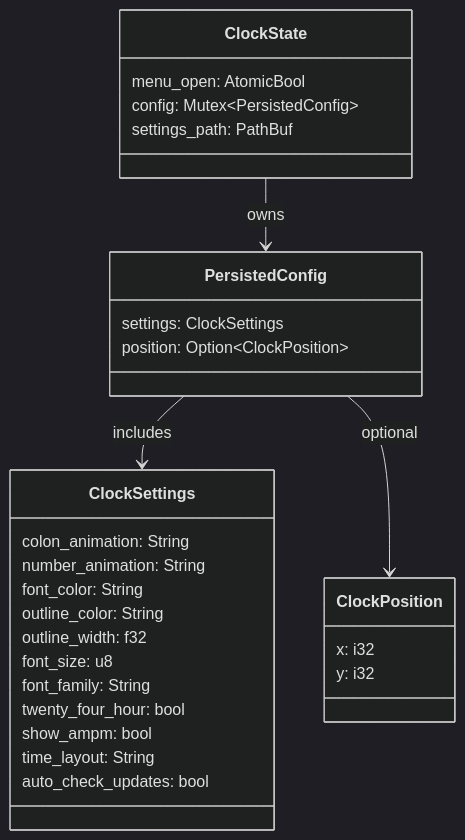
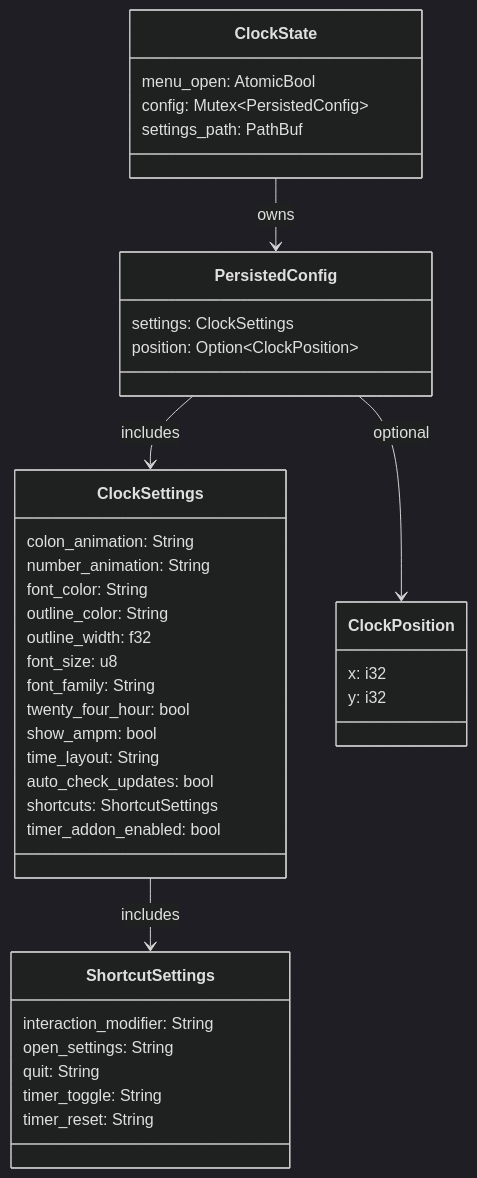
Before and after one commit to tbkmax/TopClock: the first of 2 diagrams in src-tauri/src/doc/workflow_diagram.md, drawn with Mermaid (dark theme). The commit also changed 17 other files, not shown here.

````diff
--- a/src-tauri/src/doc/workflow_diagram.md
+++ b/src-tauri/src/doc/workflow_diagram.md
@@ -5,32 +5,42 @@
 ```mermaid
 classDiagram
     class ClockState {
       menu_open: AtomicBool
       config: Mutex~PersistedConfig~
       settings_path: PathBuf
     }
     class PersistedConfig {
       settings: ClockSettings
       position: Option~ClockPosition~
     }
     class ClockSettings {
       colon_animation: String
       number_animation: String
       font_color: String
       outline_color: String
       outline_width: f32
       font_size: u8
       font_family: String
       twenty_four_hour: bool
       show_ampm: bool
       time_layout: String
       auto_check_updates: bool
+      shortcuts: ShortcutSettings
+      timer_addon_enabled: bool
+    }
+    class ShortcutSettings {
+      interaction_modifier: String
+      open_settings: String
+      quit: String
+      timer_toggle: String
+      timer_reset: String
     }
     class ClockPosition {
       x: i32
       y: i32
     }
     ClockState --> PersistedConfig : owns
     PersistedConfig --> ClockSettings : includes
+    ClockSettings --> ShortcutSettings : includes
     PersistedConfig --> ClockPosition : optional
 ```
````
